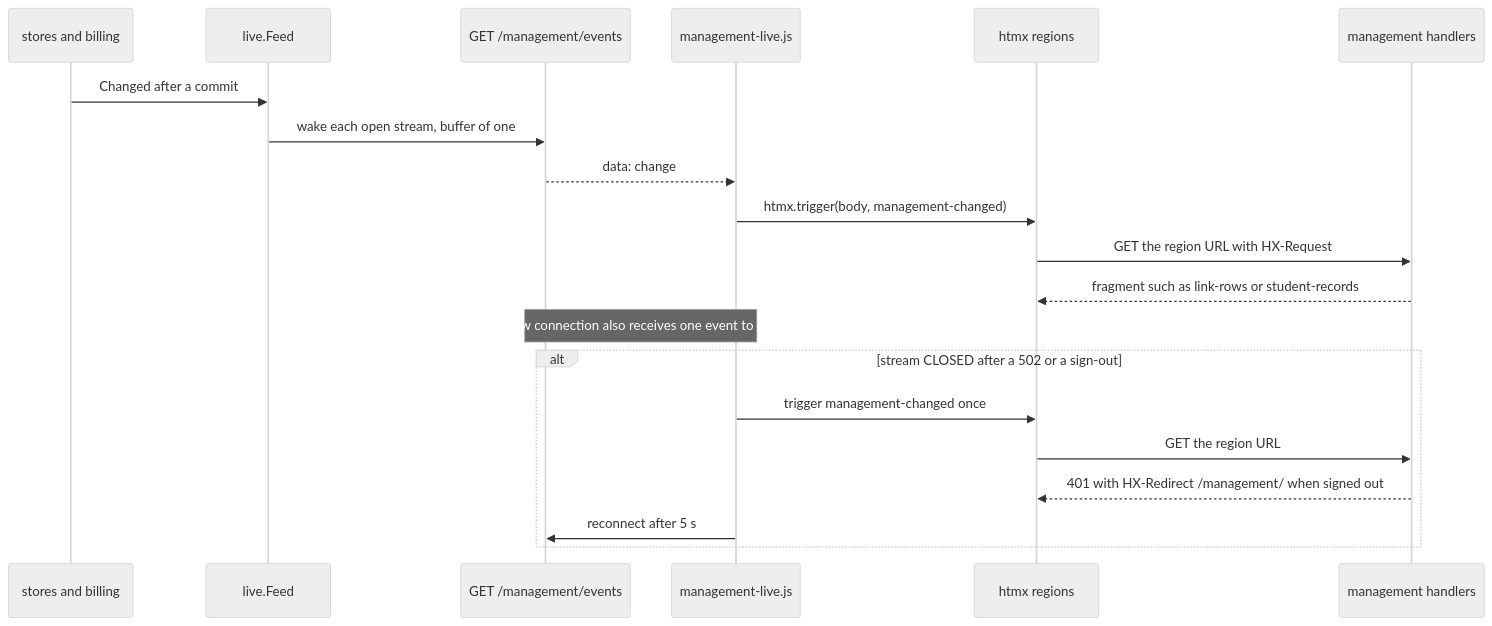
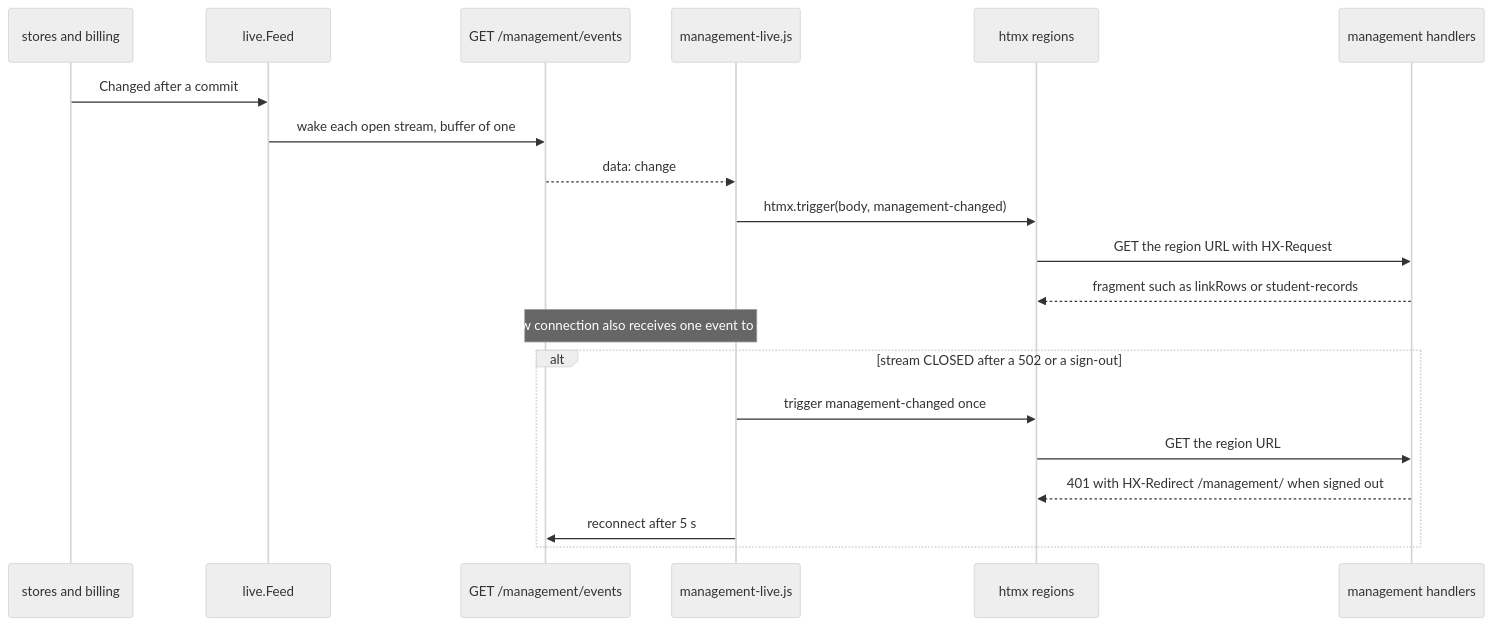
Before and after one commit to devGabriel131/ProjectHermes: the diagram in docs/frontend.md, drawn with Mermaid (neutral theme). The commit also changed other lines of this file and 15 other files, not shown here.

````diff
--- a/docs/frontend.md
+++ b/docs/frontend.md
@@ -43,22 +43,22 @@
 ```mermaid
 sequenceDiagram
     participant W as stores and billing
     participant F as live.Feed
     participant S as GET /management/events
     participant L as management-live.js
     participant H as htmx regions
     participant A as management handlers
     W->>F: Changed after a commit
     F->>S: wake each open stream, buffer of one
     S-->>L: data: change
     L->>H: htmx.trigger(body, management-changed)
     H->>A: GET the region URL with HX-Request
-    A-->>H: fragment such as link-rows or student-records
+    A-->>H: fragment such as linkRows or student-records
     Note over L,S: each new connection also receives one event to catch up
     alt stream CLOSED after a 502 or a sign-out
         L->>H: trigger management-changed once
         H->>A: GET the region URL
         A-->>H: 401 with HX-Redirect /management/ when signed out
         L->>S: reconnect after 5 s
     end
 ```
````
